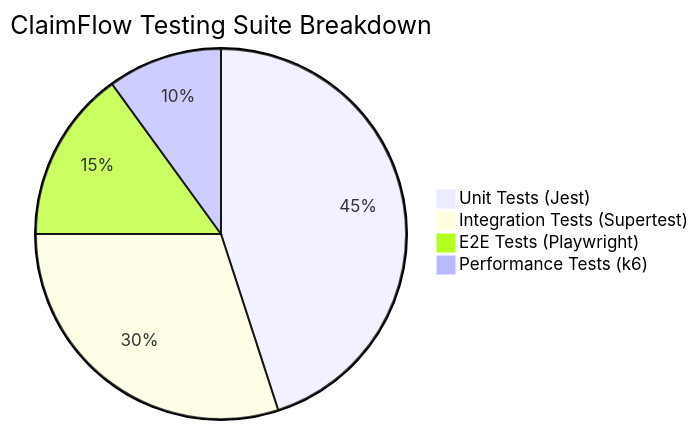
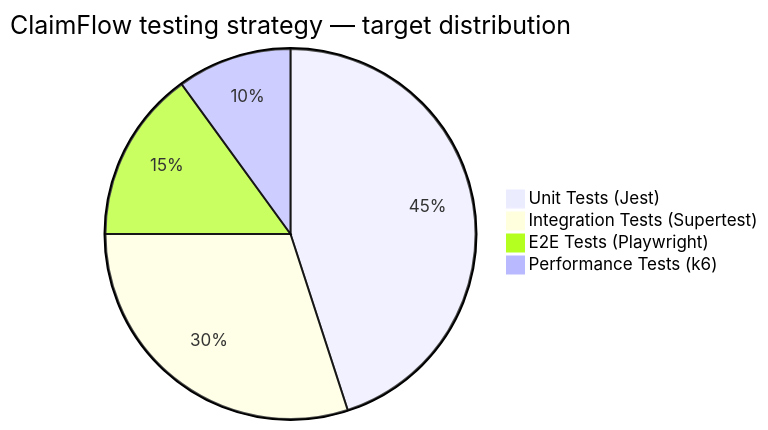
The diagram in docs/final_report_testing.md (thiozhaosheng/ClaimFlow), drawn with Mermaid before and after one commit. The commit also changed other lines of this file and 5 other files, not shown here.

````diff
--- a/docs/final_report_testing.md
+++ b/docs/final_report_testing.md
@@ -13,7 +15,7 @@
 ```mermaid
-pie title ClaimFlow Testing Suite Breakdown
+pie title ClaimFlow testing strategy — target distribution
     "Unit Tests (Jest)" : 45
     "Integration Tests (Supertest)" : 30
     "E2E Tests (Playwright)" : 15
     "Performance Tests (k6)" : 10
 ```
````
